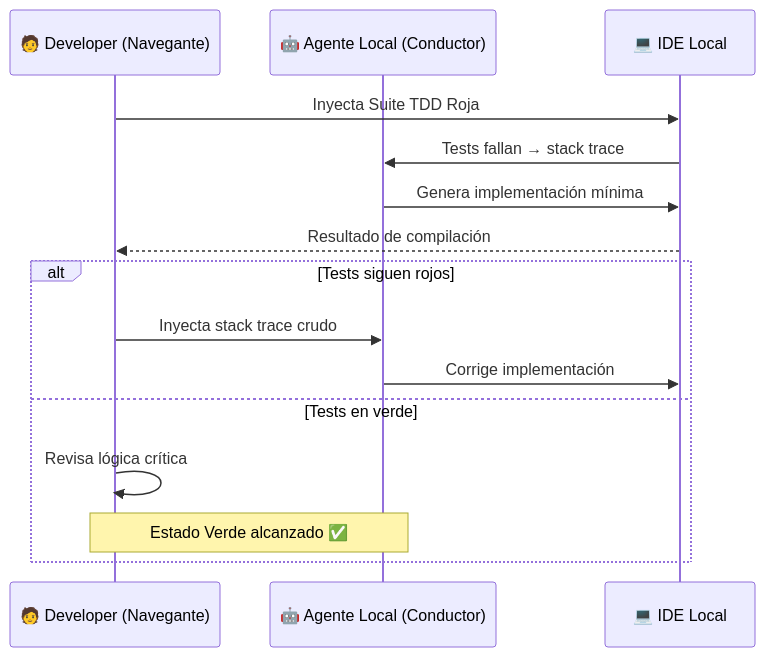
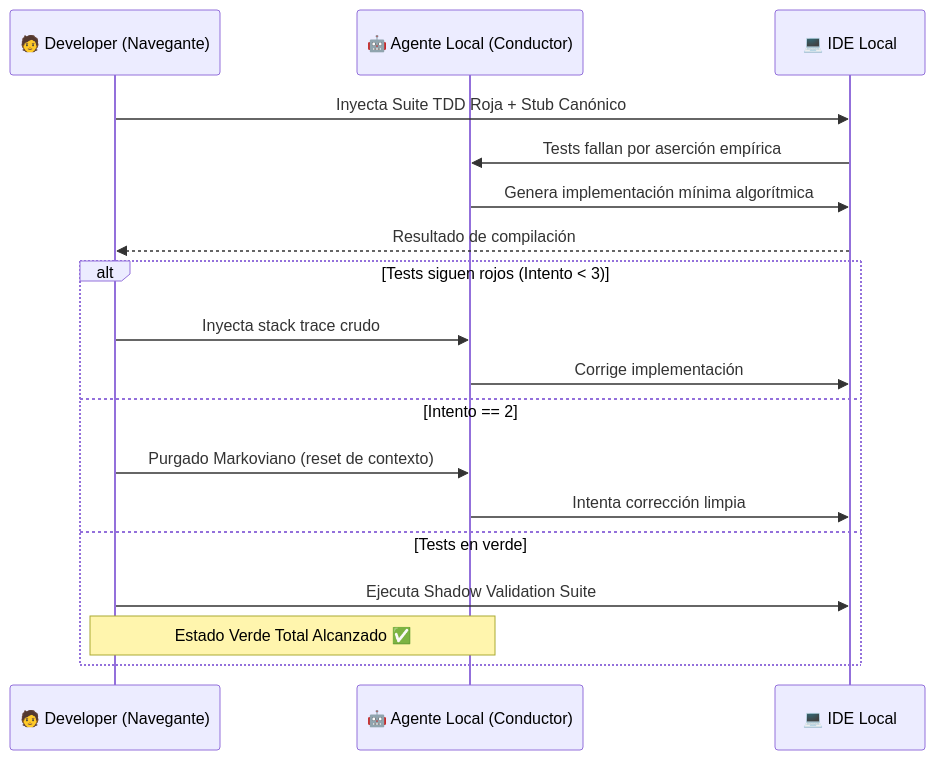
Before and after one commit to brunoguzman-dev/H-AXP: the third of 5 diagrams in docs/05-ciclo-de-vida.md, drawn with Mermaid. The commit also changed other lines of this file and 20 other files, not shown here.

````diff
--- a/docs/05-ciclo-de-vida.md
+++ b/docs/05-ciclo-de-vida.md
@@ -103,18 +115,21 @@
 ```mermaid
 sequenceDiagram
     participant H as 🧑 Developer (Navegante)
     participant IA as 🤖 Agente Local (Conductor)
     participant IDE as 💻 IDE Local
 
-    H->>IDE: Inyecta Suite TDD Roja
-    IDE->>IA: Tests fallan → stack trace
-    IA->>IDE: Genera implementación mínima
+    H->>IDE: Inyecta Suite TDD Roja + Stub Canónico
+    IDE->>IA: Tests fallan por aserción empírica
+    IA->>IDE: Genera implementación mínima algorítmica
     IDE-->>H: Resultado de compilación
-    alt Tests siguen rojos
+    alt Tests siguen rojos (Intento < 3)
         H->>IA: Inyecta stack trace crudo
         IA->>IDE: Corrige implementación
+    else Intento == 2
+        H->>IA: Purgado Markoviano (reset de contexto)
+        IA->>IDE: Intenta corrección limpia
     else Tests en verde
-        H->>H: Revisa lógica crítica
-        Note over H,IA: Estado Verde alcanzado ✅
+        H->>IDE: Ejecuta Shadow Validation Suite
+        Note over H,IA: Estado Verde Total Alcanzado ✅
     end
 ```
````
